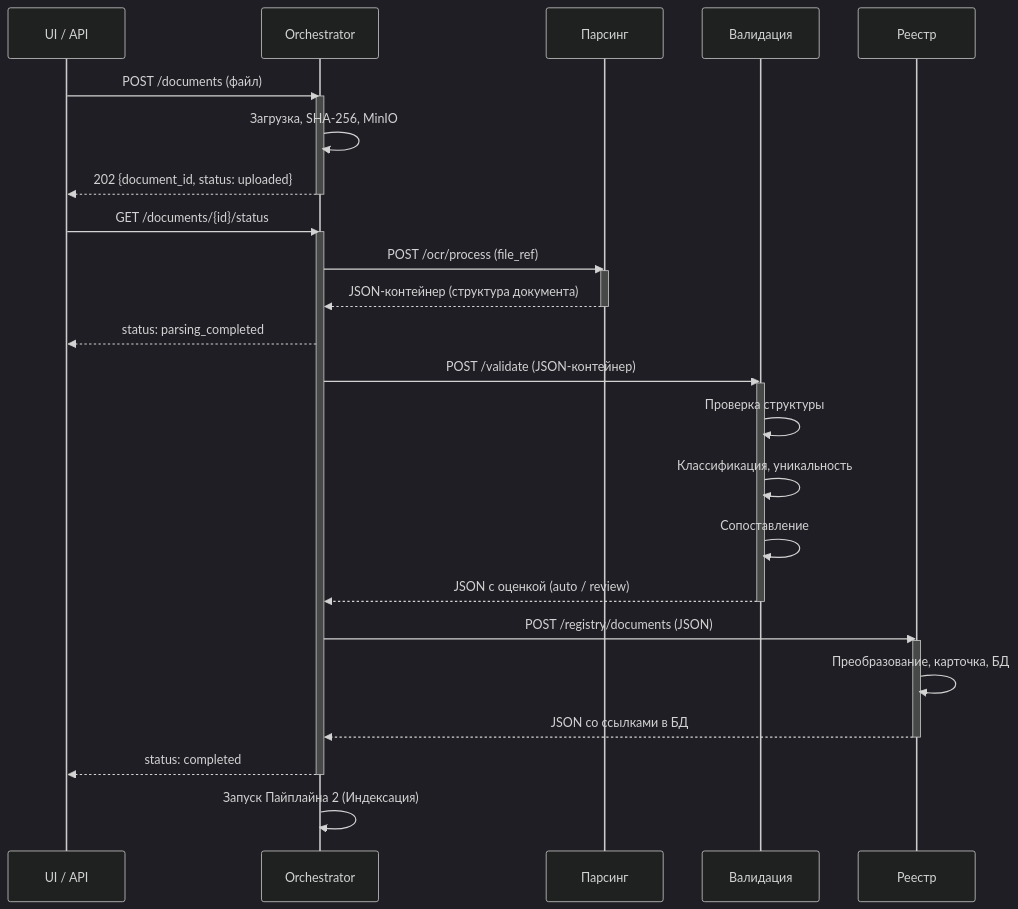
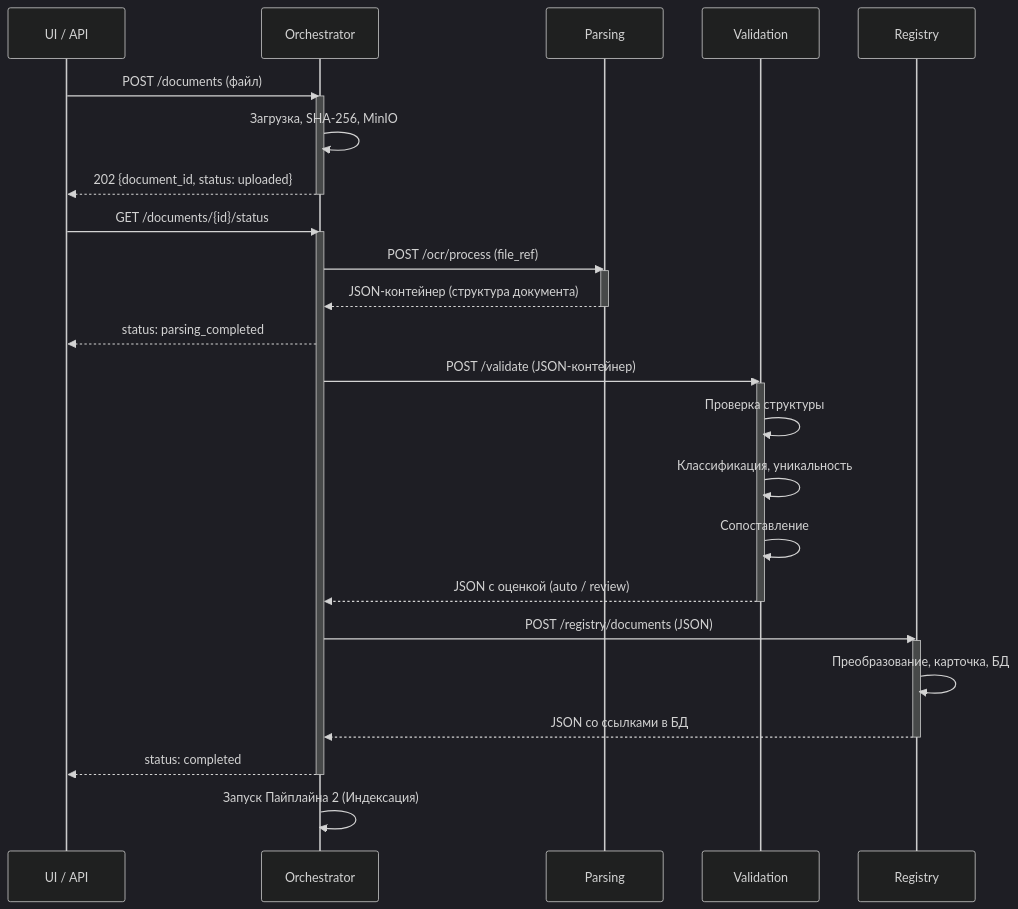
One commit to MasterKSAF/PKB changed the diagram in docs/pipelines/pipeline1-formation.md. Above: the diagram before and after it, drawn with Mermaid (dark theme). The commit also changed other lines of this file and 12 other files, not shown here.

Commit message:
docs: замена имён сервисов на английские (Parsing, Validation, Registry) и внедрение longpoll-механизма

````diff
--- a/docs/pipelines/pipeline1-formation.md
+++ b/docs/pipelines/pipeline1-formation.md
@@ -5,45 +5,45 @@
 ```mermaid
 sequenceDiagram
     participant UI as UI / API
     participant Orch as Orchestrator
-    participant Pars as Парсинг
-    participant Val as Валидация
-    participant Reg as Реестр
+    participant Pars as Parsing
+    participant Val as Validation
+    participant Reg as Registry
 
     UI->>Orch: POST /documents (файл)
     activate Orch
     Orch->>Orch: Загрузка, SHA-256, MinIO
     Orch-->>UI: 202 {document_id, status: uploaded}
     deactivate Orch
 
     UI->>Orch: GET /documents/{id}/status
     activate Orch
 
-    %% Этап 1: Парсинг (изоляция от БД)
+    %% Этап 1: Parsing (изоляция от БД)
     Orch->>Pars: POST /ocr/process (file_ref)
     activate Pars
     Pars-->>Orch: JSON-контейнер (структура документа)
     deactivate Pars
     Orch-->>UI: status: parsing_completed
 
-    %% Этап 2: Валидация (читает БД)
+    %% Этап 2: Validation (читает БД)
     Orch->>Val: POST /validate (JSON-контейнер)
     activate Val
     Val->>Val: Проверка структуры
     Val->>Val: Классификация, уникальность
     Val->>Val: Сопоставление
     Val-->>Orch: JSON с оценкой (auto / review)
     deactivate Val
 
-    %% Этап 3: Реестр документов (пишет БД)
+    %% Этап 3: Registry (пишет БД)
     Orch->>Reg: POST /registry/documents (JSON)
     activate Reg
     Reg->>Reg: Преобразование, карточка, БД
     Reg-->>Orch: JSON со ссылками в БД
     deactivate Reg
 
     Orch-->>UI: status: completed
     deactivate Orch
 
     Orch->>Orch: Запуск Пайплайна 2 (Индексация)
 ```
````
